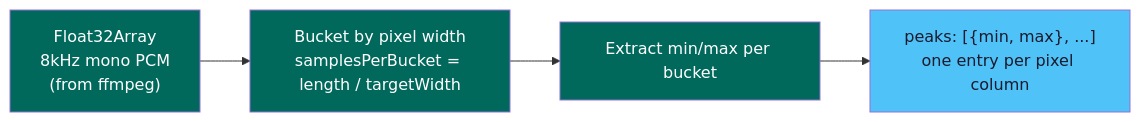
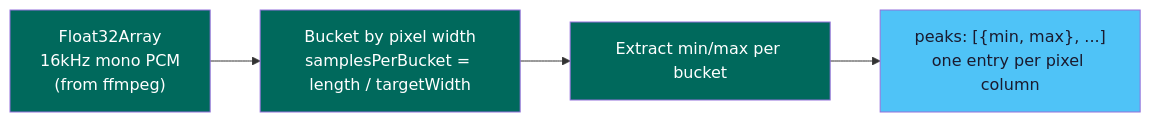
One commit to gjovanov/audio-waveform changed the first of 4 diagrams in docs/waveform.md. Above: the diagram before and after it, drawn with Mermaid. The commit also changed other lines of this file and 6 other files, not shown here.

````diff
--- a/docs/waveform.md
+++ b/docs/waveform.md
@@ -5,14 +5,14 @@
 ```mermaid
 graph LR
-    RAW["Float32Array<br/>8kHz mono PCM<br/>(from ffmpeg)"]
+    RAW["Float32Array<br/>16kHz mono PCM<br/>(from ffmpeg)"]
     BUCKET["Bucket by pixel width<br/>samplesPerBucket = length / targetWidth"]
     PEAKS["Extract min/max per bucket"]
     DATA["peaks: [{min, max}, ...]<br/>one entry per pixel column"]
 
     RAW --> BUCKET --> PEAKS --> DATA
 
     style RAW fill:#00695c,color:#fff
     style BUCKET fill:#00695c,color:#fff
     style PEAKS fill:#00695c,color:#fff
     style DATA fill:#4fc3f7,color:#1a1a2e
 ```
````
